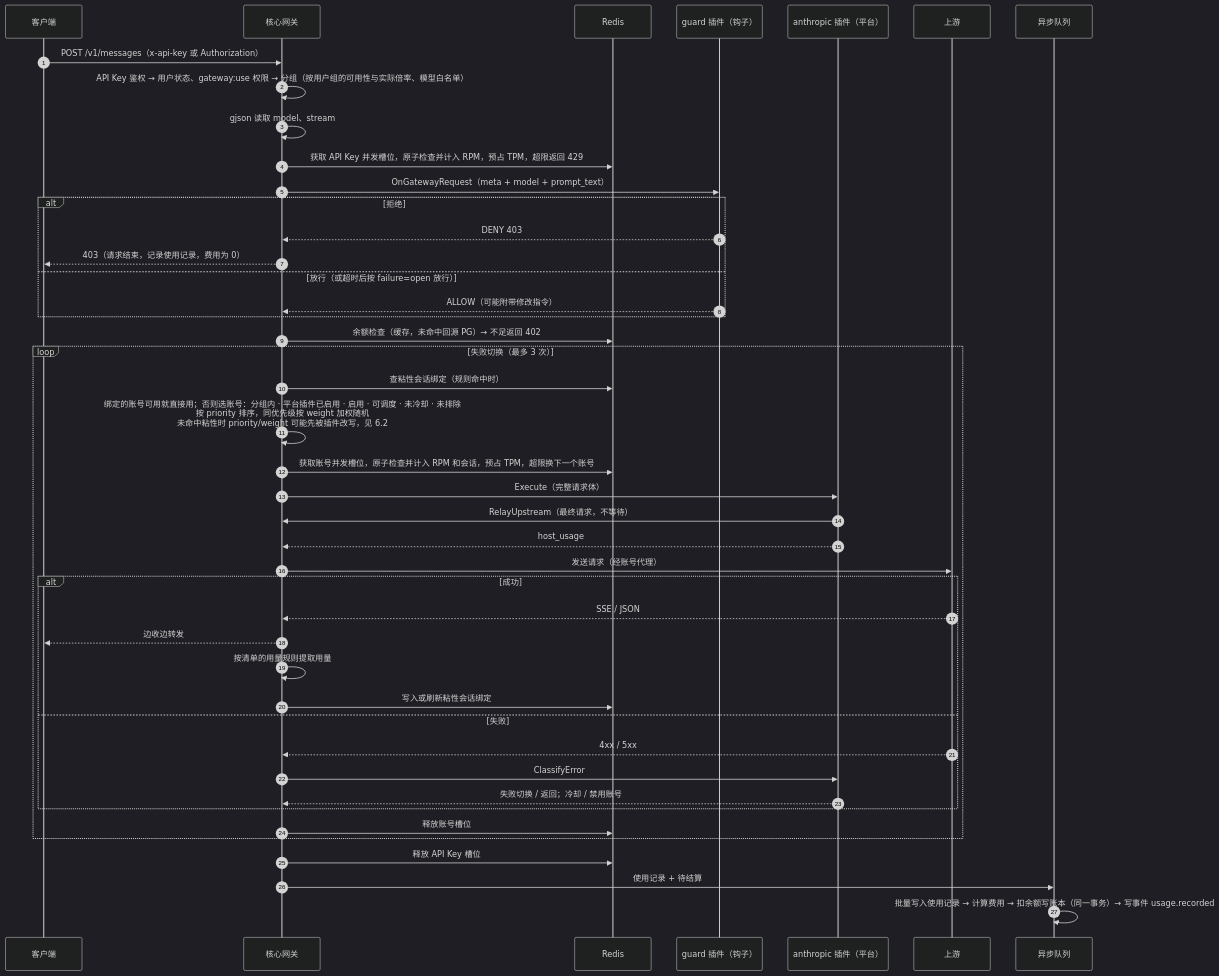
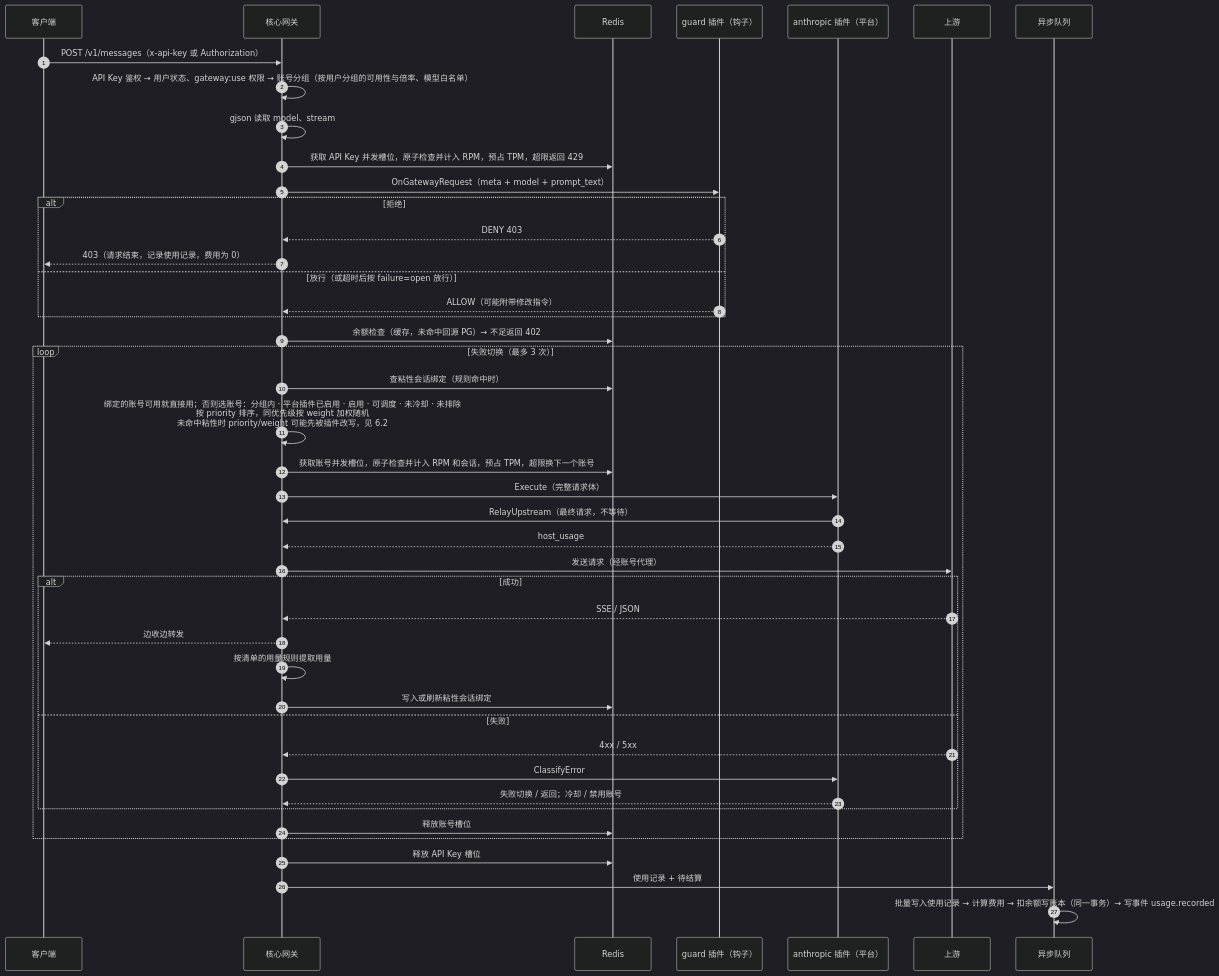
The eighth of 18 diagrams in next/docs/ARCHITECTURE.md (touwaeriol/sup2api), drawn with Mermaid (dark theme) before and after one commit. The commit also changed other lines of this file and 124 other files, not shown here.

````diff
--- a/next/docs/ARCHITECTURE.md
+++ b/next/docs/ARCHITECTURE.md
@@ -741,47 +741,47 @@
 ```mermaid
 sequenceDiagram
   autonumber
   participant C as 客户端
   participant GW as 核心网关
   participant R as Redis
   participant H as guard 插件（钩子）
   participant P as anthropic 插件（平台）
   participant U as 上游
   participant Q as 异步队列
 
   C->>GW: POST /v1/messages（x-api-key 或 Authorization）
-  GW->>GW: API Key 鉴权 → 用户状态、gateway:use 权限 → 分组（按用户组的可用性与实际倍率、模型白名单）
+  GW->>GW: API Key 鉴权 → 用户状态、gateway:use 权限 → 账号分组（按用户分组的可用性与倍率、模型白名单）
   GW->>GW: gjson 读取 model、stream
   GW->>R: 获取 API Key 并发槽位，原子检查并计入 RPM，预占 TPM，超限返回 429
   GW->>H: OnGatewayRequest（meta + model + prompt_text）
   alt 拒绝
     H-->>GW: DENY 403
     GW-->>C: 403（请求结束，记录使用记录，费用为 0）
   else 放行（或超时后按 failure=open 放行）
     H-->>GW: ALLOW（可能附带修改指令）
   end
   GW->>R: 余额检查（缓存，未命中回源 PG）→ 不足返回 402
   loop 失败切换（最多 3 次）
     GW->>R: 查粘性会话绑定（规则命中时）
     GW->>GW: 绑定的账号可用就直接用；否则选账号：分组内 · 平台插件已启用 · 启用 · 可调度 · 未冷却 · 未排除<br/>按 priority 排序，同优先级按 weight 加权随机<br/>未命中粘性时 priority/weight 可能先被插件改写，见 6.2
     GW->>R: 获取账号并发槽位，原子检查并计入 RPM 和会话，预占 TPM，超限换下一个账号
     GW->>P: Execute（完整请求体）
     P->>GW: RelayUpstream（最终请求，不等待）
     P-->>GW: host_usage
     GW->>U: 发送请求（经账号代理）
     alt 成功
       U-->>GW: SSE / JSON
       GW-->>C: 边收边转发
       GW->>GW: 按清单的用量规则提取用量
       GW->>R: 写入或刷新粘性会话绑定
     else 失败
       U-->>GW: 4xx / 5xx
       GW->>P: ClassifyError
       P-->>GW: 失败切换 / 返回；冷却 / 禁用账号
     end
     GW->>R: 释放账号槽位
   end
   GW->>R: 释放 API Key 槽位
   GW->>Q: 使用记录 + 待结算
   Q->>Q: 批量写入使用记录 → 计算费用 → 扣余额写账本（同一事务）→ 写事件 usage.recorded
 ```
````
